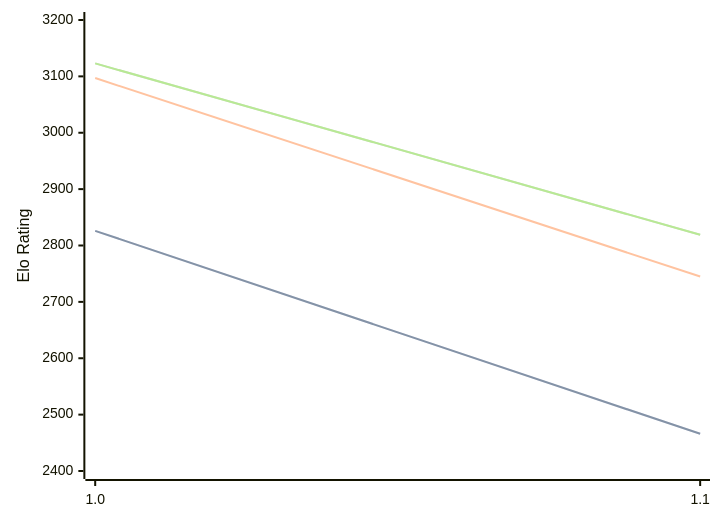
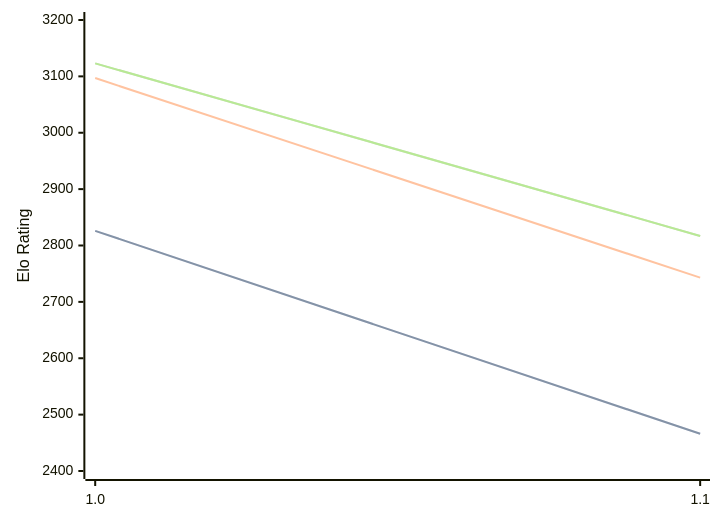
One commit to computer-chess-index/cci changed the third of 3 diagrams in engines/Publius.md. Above: the diagram before and after it, drawn with Mermaid. The commit also changed other lines of this file, not shown here.

Commit message:
Update CCI Ratings (ELO VLTC) - 2026-07-06

````diff
--- a/engines/Publius.md
+++ b/engines/Publius.md
@@ -65,11 +65,11 @@
 ```mermaid
 %%{init: {"theme":"base","themeVariables":{"seriesColors:['#a3a3a3','#222221','#faa371']}}}%%
 xychart-beta
   x-axis ["1.0", "1.1"]
   y-axis "Elo Rating" 2400 --> 3200
   line "STC (8.0+0.08s)" [2826, 2466]
   line "STC (8.0+0.08s)" [2826, 2466]
-  line "LTC (60.0+0.60s)" [3097, 2745]
-  line "VLTC (2m24s+1.12s)" [3123, 2819]
-  line "VLTC (2m24s+1.12s)" [3123, 2819]
+  line "LTC (60.0+0.60s)" [3097, 2743]
+  line "VLTC (2m24s+1.12s)" [3123, 2817]
+  line "VLTC (2m24s+1.12s)" [3123, 2817]
 ```
````
